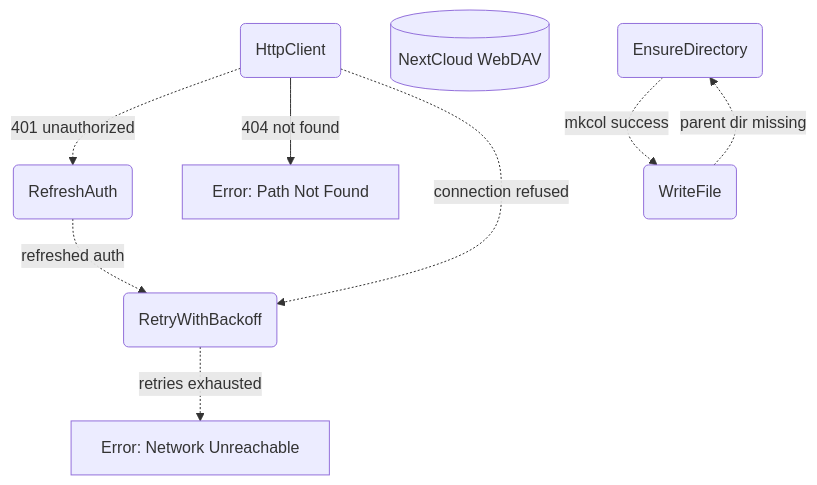
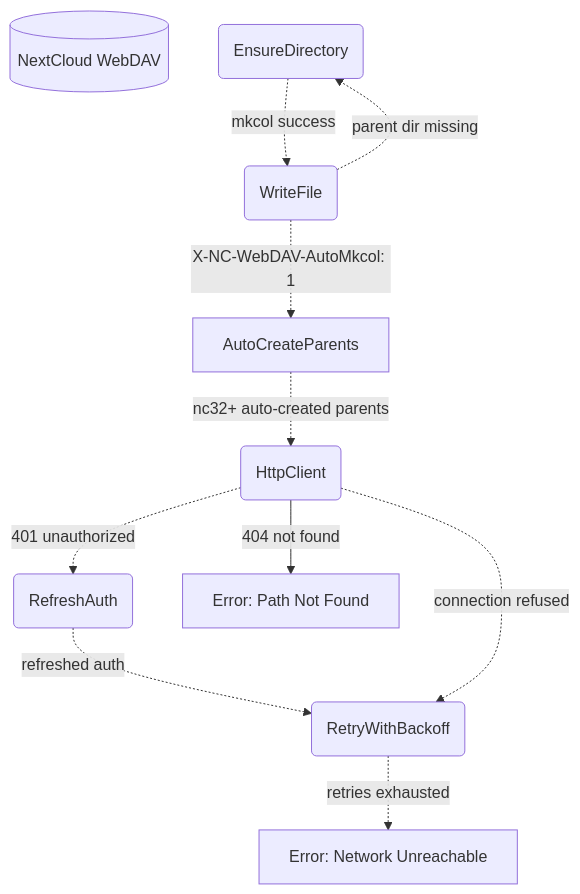
The second of 3 diagrams in _dfds/tools/webdav.md (cosmoswafer/rockbot), drawn with Mermaid before and after one commit. The commit also changed other lines of this file and 9 other files, not shown here.

First line of the commit message:
feat: add WebDAV crate with NextCloud client and full test suite

````diff
--- a/_dfds/tools/webdav.md
+++ b/_dfds/tools/webdav.md
@@ -47,19 +54,22 @@
 ```mermaid
 flowchart TD
     HTTP(HttpClient)
     NC[(NextCloud WebDAV)]
     AUTH_REFRESH(RefreshAuth)
     RETRY(RetryWithBackoff)
     ERR_404[Error: Path Not Found]
     ERR_NET[Error: Network Unreachable]
     MKDIR(EnsureDirectory)
     WRITE(WriteFile)
+    AUTO_MKCOL[AutoCreateParents]
 
     HTTP -.->|"401 unauthorized"| AUTH_REFRESH
     AUTH_REFRESH -.->|"refreshed auth"| RETRY
     HTTP -->|"404 not found"| ERR_404
     HTTP -.->|"connection refused"| RETRY
     RETRY -.->|"retries exhausted"| ERR_NET
     WRITE -.->|"parent dir missing"| MKDIR
     MKDIR -.->|"mkcol success"| WRITE
+    WRITE -.->|"X-NC-WebDAV-AutoMkcol: 1"| AUTO_MKCOL
+    AUTO_MKCOL -.->|"nc32+ auto-created parents"| HTTP
 ```
````
